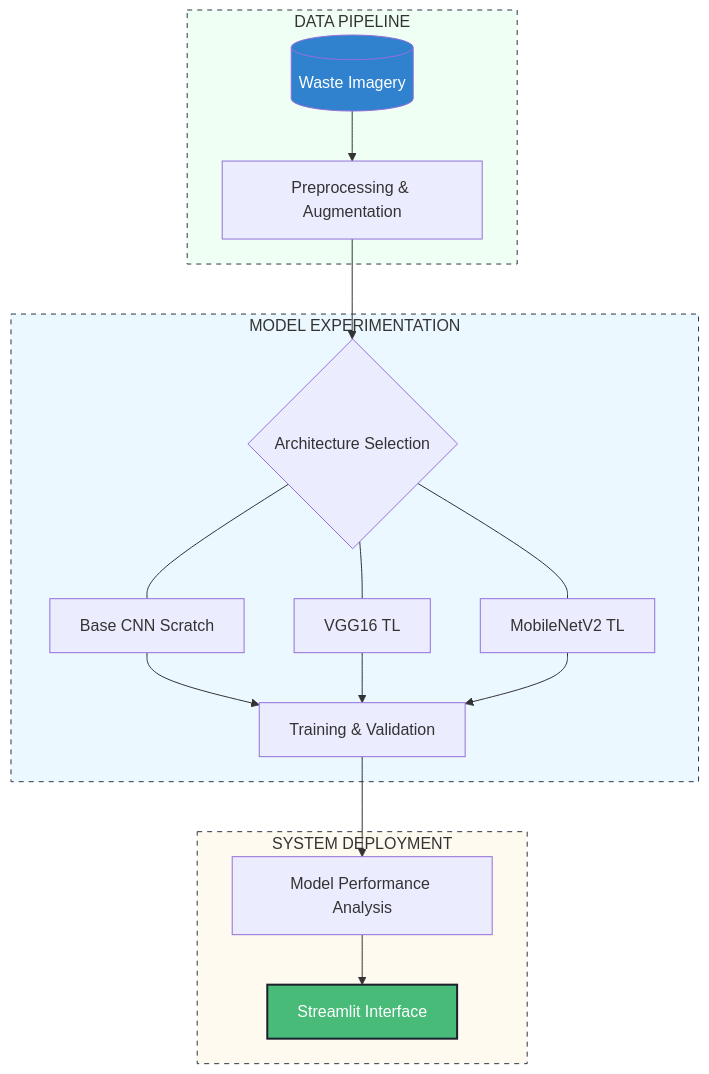
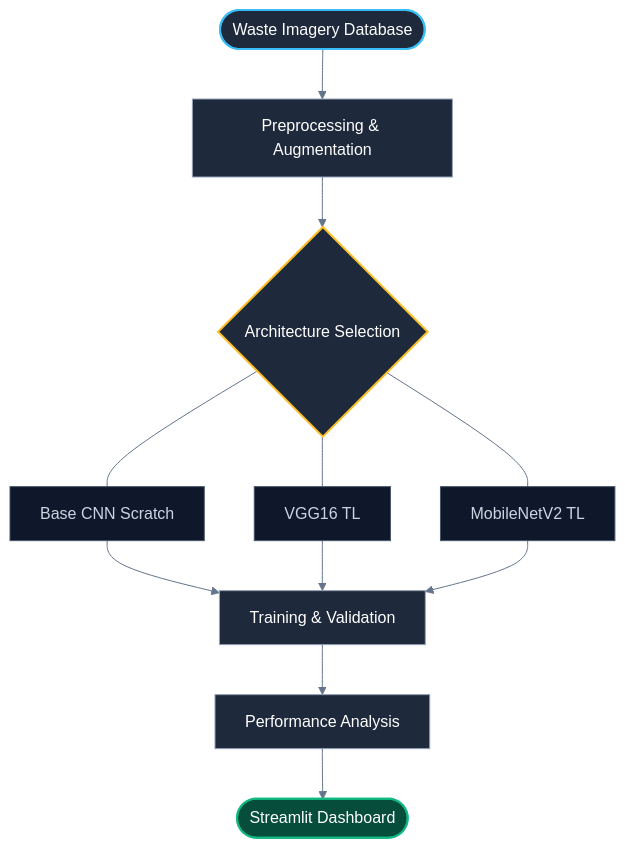
One commit to Nadzrul13/Waste-Classification-System changed the diagram in README.md. Above: the diagram before and after it, drawn with Mermaid.

````diff
--- a/README.md
+++ b/README.md
@@ -50,29 +50,38 @@
 ```mermaid
 graph TD
-    %% Section 1: Data
-    subgraph S1 [DATA PIPELINE]
-        A[(Waste Imagery)] --> B[Preprocessing & Augmentation]
-    end
+    %% Nodes Definition
+    A([Waste Imagery Database]) 
+    B[Preprocessing & Augmentation]
+    C{Architecture Selection}
+    D[Base CNN Scratch]
+    E[VGG16 TL]
+    F[MobileNetV2 TL]
+    G[Training & Validation]
+    H[Performance Analysis]
+    I([Streamlit Dashboard])
 
-    %% Section 2: Model Benchmarking
-    subgraph S2 [MODEL EXPERIMENTATION]
-        B --> C{Architecture Selection}
-        C --- D[Base CNN Scratch]
-        C --- E[VGG16 TL]
-        C --- F[MobileNetV2 TL]
-        D & E & F --> G[Training & Validation]
-    end
+    %% Flow
+    A --> B
+    B --> C
+    C --- D
+    C --- E
+    C --- F
+    D & E & F --> G
+    G --> H
+    H --> I
 
-    %% Section 3: Final Stage
-    subgraph S3 [SYSTEM DEPLOYMENT]
-        G --> H[Model Performance Analysis]
-        H --> I[Streamlit Interface]
-    end
+    %% Styling for Dark Mode Synchronization
+    %% Menggunakan warna-warna yang cerah namun elegan agar kontras dengan background gelap
+    style A fill:#1e293b,stroke:#38bdf8,stroke-width:2px,color:#fff
+    style B fill:#1e293b,stroke:#94a3b8,stroke-width:1px,color:#fff
+    style C fill:#1e293b,stroke:#fbbf24,stroke-width:2px,color:#fff
+    style D fill:#0f172a,stroke:#475569,stroke-width:1px,color:#cbd5e1
+    style E fill:#0f172a,stroke:#475569,stroke-width:1px,color:#cbd5e1
+    style F fill:#0f172a,stroke:#475569,stroke-width:1px,color:#cbd5e1
+    style G fill:#1e293b,stroke:#94a3b8,stroke-width:1px,color:#fff
+    style H fill:#1e293b,stroke:#94a3b8,stroke-width:1px,color:#fff
+    style I fill:#064e3b,stroke:#10b981,stroke-width:2px,color:#fff
 
-    %% Aesthetics Styling
-    style S1 fill:#f0fff4,stroke:#2d3748,stroke-dasharray: 5 5
-    style S2 fill:#ebf8ff,stroke:#2d3748,stroke-dasharray: 5 5
-    style S3 fill:#fffaf0,stroke:#2d3748,stroke-dasharray: 5 5
-    style I fill:#48bb78,stroke:#1a202c,stroke-width:2px,color:#fff
-    style A fill:#3182ce,color:#fff
+    %% Link Styling (Garis Penghubung)
+    linkStyle default stroke:#64748b,stroke-width:1px
 ```
````
